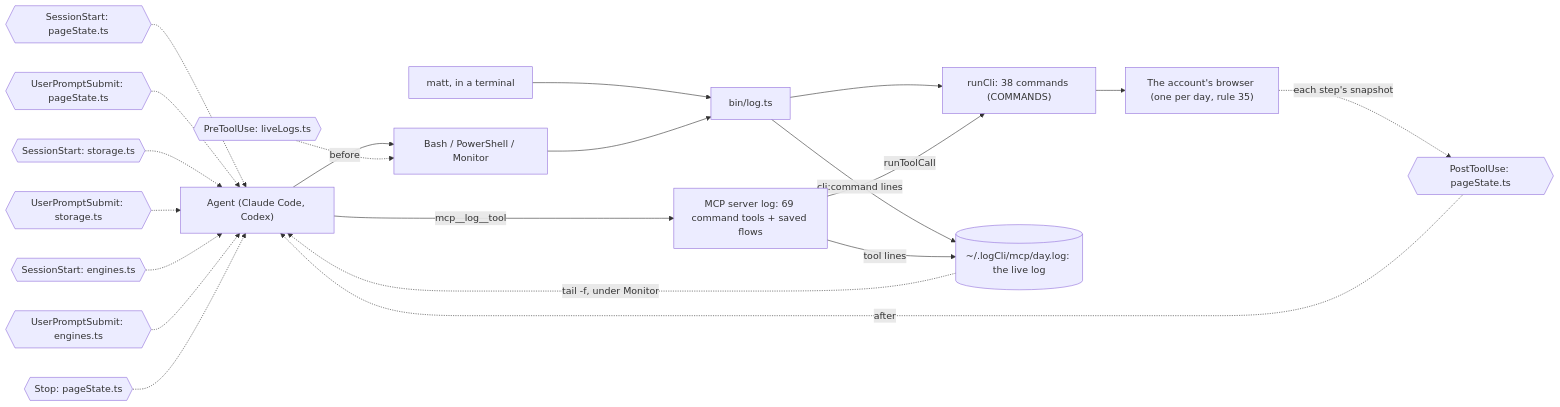
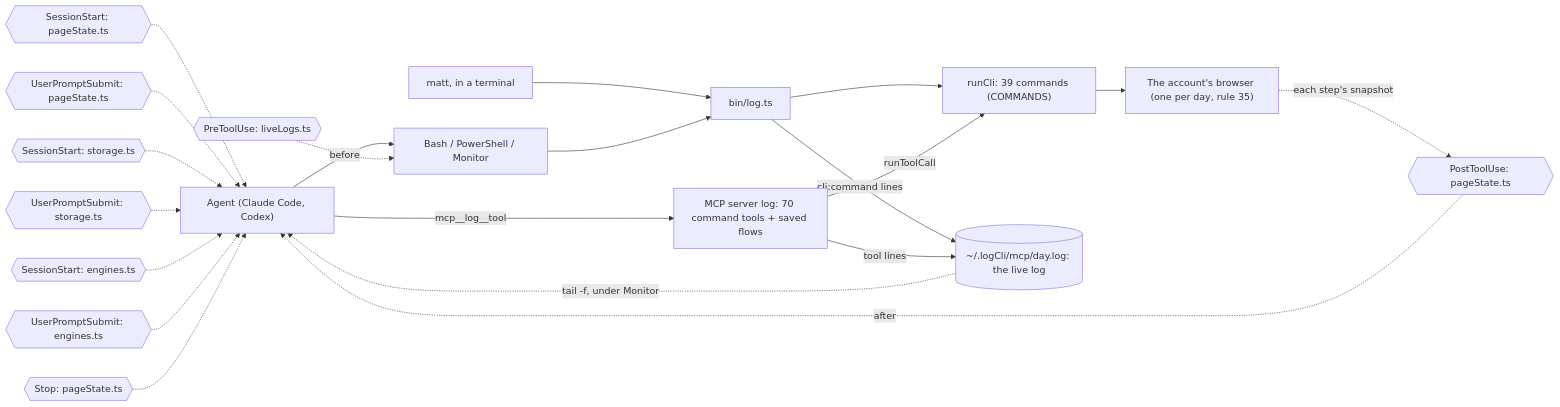
The second of 5 diagrams in README.md (matthewdonsemail-lab/log), drawn with Mermaid before and after one commit. The commit also changed other lines of this file and 30 other files, not shown here.

````diff
--- a/README.md
+++ b/README.md
@@ -134,31 +135,31 @@
 ```mermaid
 flowchart LR
   agent["Agent (Claude Code, Codex)"]
   matt["matt, in a terminal"]
   shell["Bash / PowerShell / Monitor"]
-  mcp["MCP server log: 69 command tools + saved flows"]
+  mcp["MCP server log: 70 command tools + saved flows"]
   bin["bin/log.ts"]
-  runCli["runCli: 38 commands (COMMANDS)"]
+  runCli["runCli: 39 commands (COMMANDS)"]
   live[("~/.logCli/mcp/day.log: the live log")]
   browser["The account's browser (one per day, rule 35)"]
   agent --> shell
   matt --> bin
   shell --> bin
   agent -->|mcp__log__tool| mcp
   bin --> runCli
   mcp -->|runToolCall| runCli
   runCli --> browser
   bin -->|cli:command lines| live
   mcp -->|tool lines| live
   live -.->|tail -f, under Monitor| agent
   pre0{{"PreToolUse: liveLogs.ts"}} -.->|before| shell
   post0{{"PostToolUse: pageState.ts"}} -.->|after| agent
   turn0{{"SessionStart: pageState.ts"}} -.-> agent
   turn1{{"UserPromptSubmit: pageState.ts"}} -.-> agent
   turn2{{"SessionStart: storage.ts"}} -.-> agent
   turn3{{"UserPromptSubmit: storage.ts"}} -.-> agent
   turn4{{"SessionStart: engines.ts"}} -.-> agent
   turn5{{"UserPromptSubmit: engines.ts"}} -.-> agent
   turn6{{"Stop: pageState.ts"}} -.-> agent
   browser -.->|each step's snapshot| post0
 ```
````
